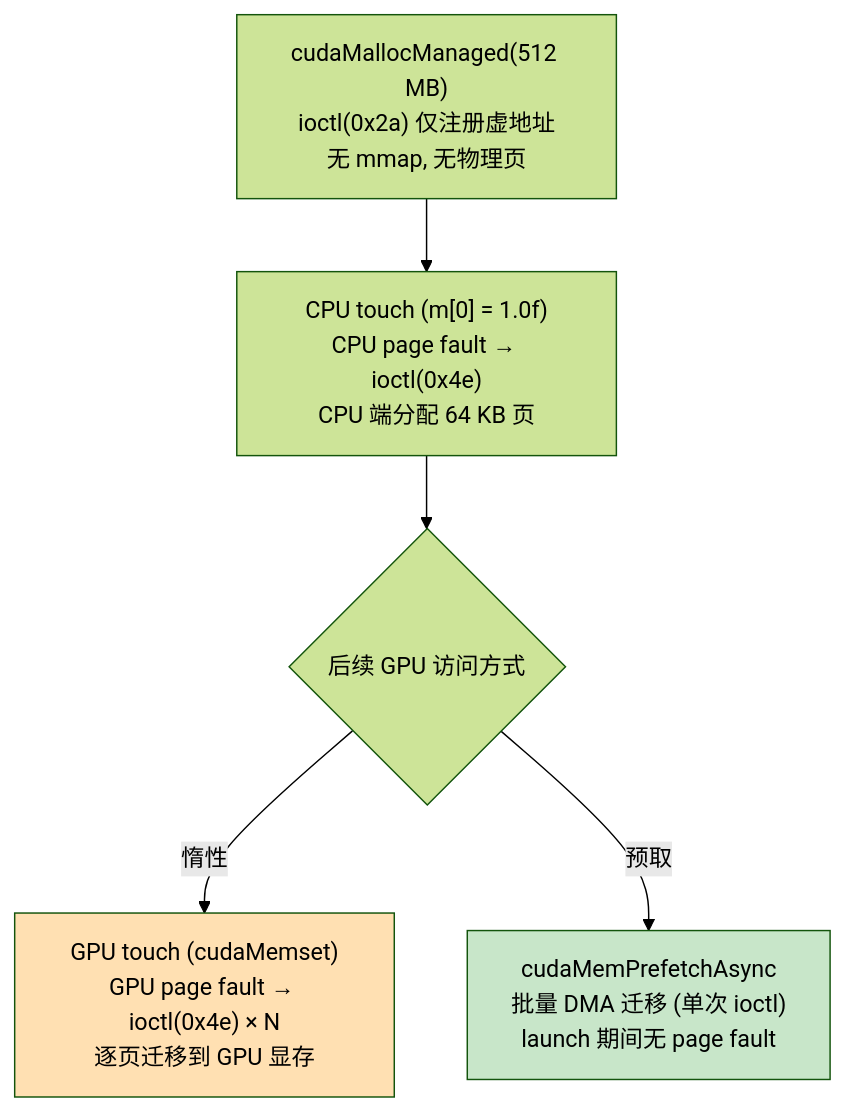
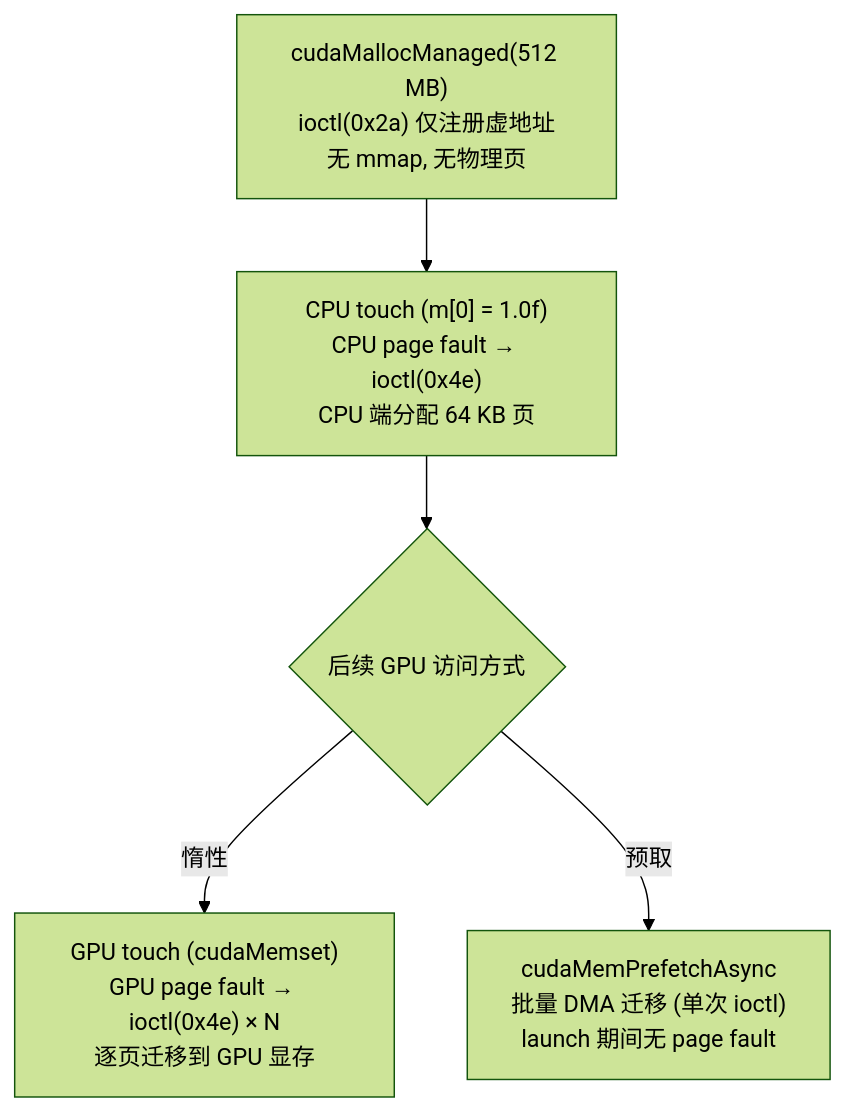
The diagram in source/_static/uvm_pagefault_flow.mmd (noisystreet/deep_dive_into_cuda), drawn with Mermaid (forest theme) before and after one commit. The commit also changed 26 other files, not shown here.

First line of the commit message:
Mermaid 图统一黑白样式：去除节点彩色色块

```diff
--- a/source/_static/uvm_pagefault_flow.mmd
+++ b/source/_static/uvm_pagefault_flow.mmd
@@ -1,7 +1,5 @@
 flowchart TB
     A["cudaMallocManaged(512 MB)<br/>ioctl(0x2a) 仅注册虚地址<br/>无 mmap, 无物理页"] --> B["CPU touch (m[0] = 1.0f)<br/>CPU page fault → ioctl(0x4e)<br/>CPU 端分配 64 KB 页"]
     B --> C{"后续 GPU 访问方式"}
     C -->|惰性| D["GPU touch (cudaMemset)<br/>GPU page fault → ioctl(0x4e) × N<br/>逐页迁移到 GPU 显存"]
     C -->|预取| E["cudaMemPrefetchAsync<br/>批量 DMA 迁移 (单次 ioctl)<br/>launch 期间无 page fault"]
-    style E fill:#c8e6c9
-    style D fill:#ffe0b2
```
